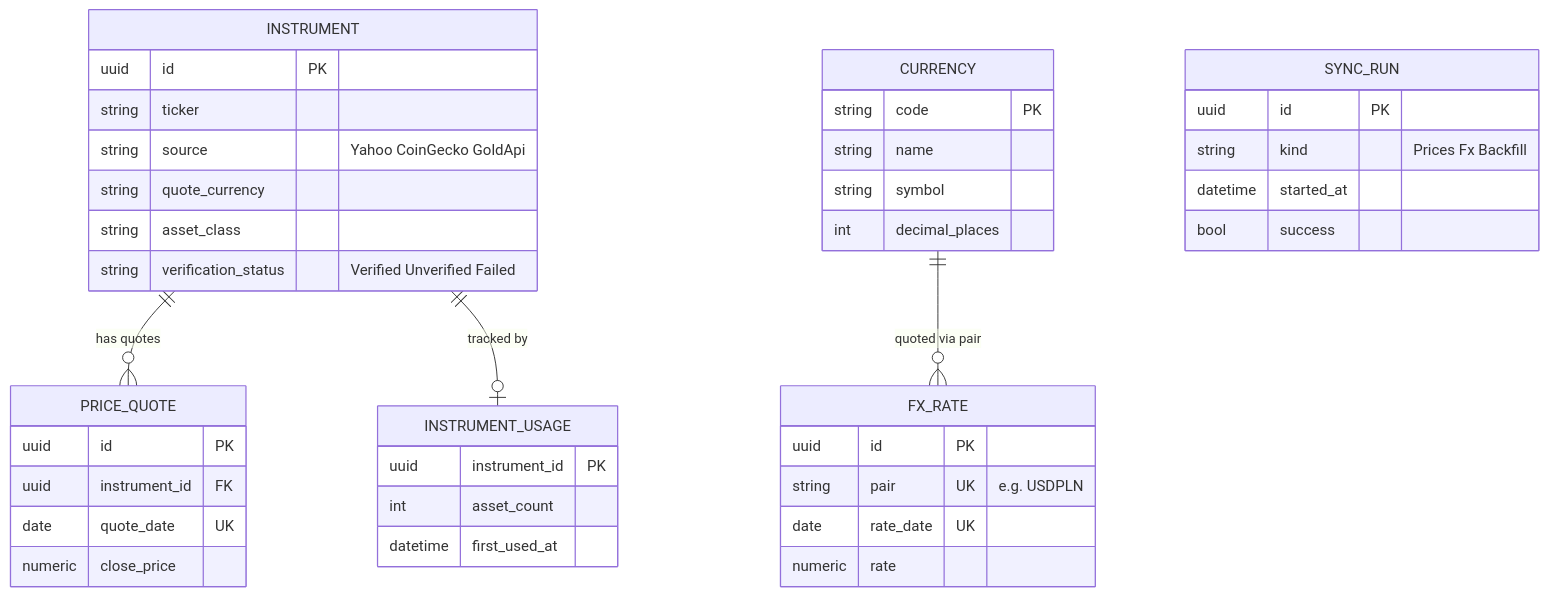
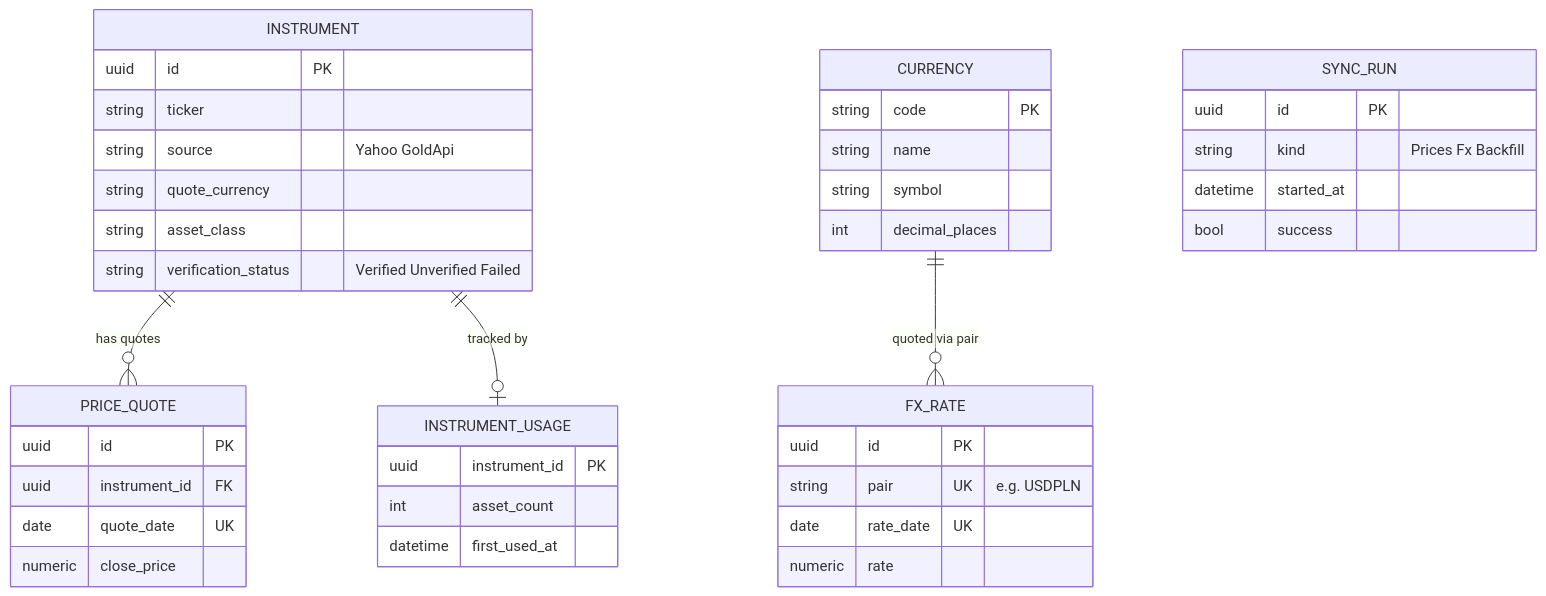
One commit to Maliniak93/FinMel changed the second of 3 diagrams in skarbiec-plan/domain.md. Above: the diagram before and after it, drawn with Mermaid. The commit also changed other lines of this file and 124 other files, not shown here.

````diff
--- a/skarbiec-plan/domain.md
+++ b/skarbiec-plan/domain.md
@@ -149,43 +146,43 @@
 ```mermaid
 erDiagram
     INSTRUMENT ||--o{ PRICE_QUOTE : "has quotes"
     INSTRUMENT ||--o| INSTRUMENT_USAGE : "tracked by"
     CURRENCY ||--o{ FX_RATE : "quoted via pair"
     CURRENCY {
         string code PK
         string name
         string symbol
         int decimal_places
     }
     INSTRUMENT {
         uuid id PK
         string ticker
-        string source "Yahoo CoinGecko GoldApi"
+        string source "Yahoo GoldApi"
         string quote_currency
         string asset_class
         string verification_status "Verified Unverified Failed"
     }
     PRICE_QUOTE {
         uuid id PK
         uuid instrument_id FK
         date quote_date UK
         numeric close_price
     }
     FX_RATE {
         uuid id PK
         string pair UK "e.g. USDPLN"
         date rate_date UK
         numeric rate
     }
     INSTRUMENT_USAGE {
         uuid instrument_id PK
         int asset_count
         datetime first_used_at
     }
     SYNC_RUN {
         uuid id PK
         string kind "Prices Fx Backfill"
         datetime started_at
         bool success
     }
 ```
````
